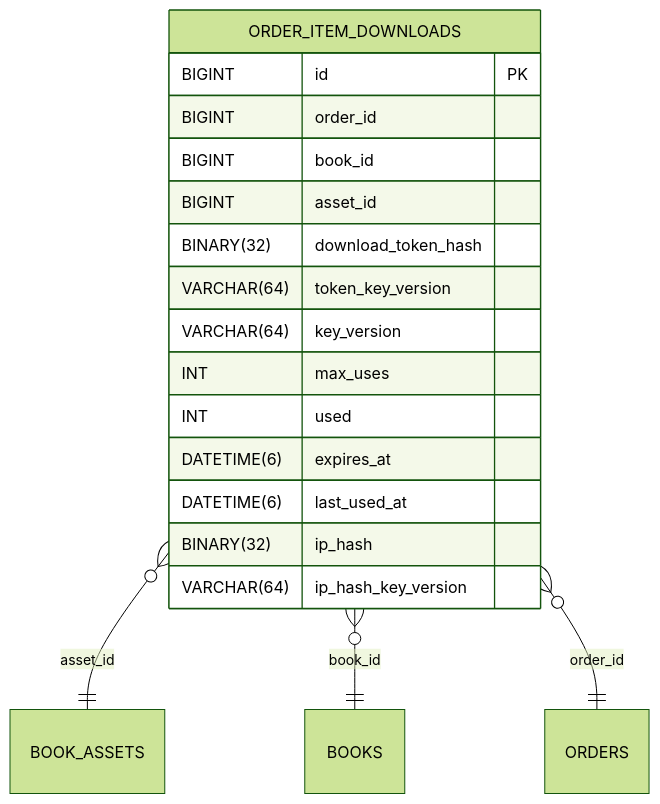
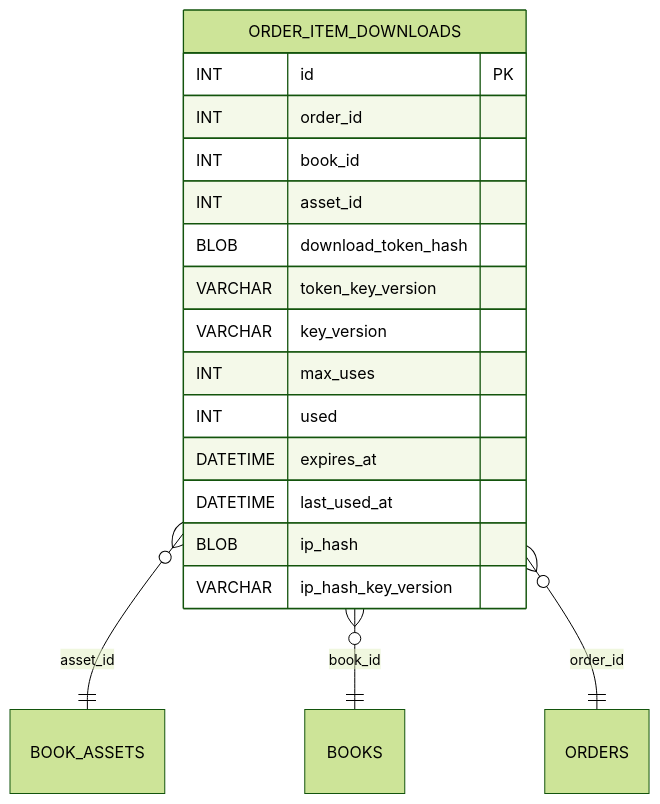
The diagram in README.md (blackcatdatabase/table-order-item-downloads), drawn with Mermaid (forest theme) before and after one commit. The commit also changed other lines of this file, not shown here.

Commit message:
chore(schema): add/update generated schema + README (umbrella sync)

````diff
--- a/README.md
+++ b/README.md
@@ -59,21 +59,21 @@
 ```mermaid
 erDiagram
   ORDER_ITEM_DOWNLOADS {
-    BIGINT id PK
-    BIGINT order_id
-    BIGINT book_id
-    BIGINT asset_id
-    BINARY(32) download_token_hash
-    VARCHAR(64) token_key_version
-    VARCHAR(64) key_version
+    INT id PK
+    INT order_id
+    INT book_id
+    INT asset_id
+    BLOB download_token_hash
+    VARCHAR token_key_version
+    VARCHAR key_version
     INT max_uses
     INT used
-    DATETIME(6) expires_at
-    DATETIME(6) last_used_at
-    BINARY(32) ip_hash
-    VARCHAR(64) ip_hash_key_version
+    DATETIME expires_at
+    DATETIME last_used_at
+    BLOB ip_hash
+    VARCHAR ip_hash_key_version
   }
   ORDER_ITEM_DOWNLOADS }o--|| BOOK_ASSETS : "asset_id"
   ORDER_ITEM_DOWNLOADS }o--|| BOOKS : "book_id"
   ORDER_ITEM_DOWNLOADS }o--|| ORDERS : "order_id"
 ```
````
